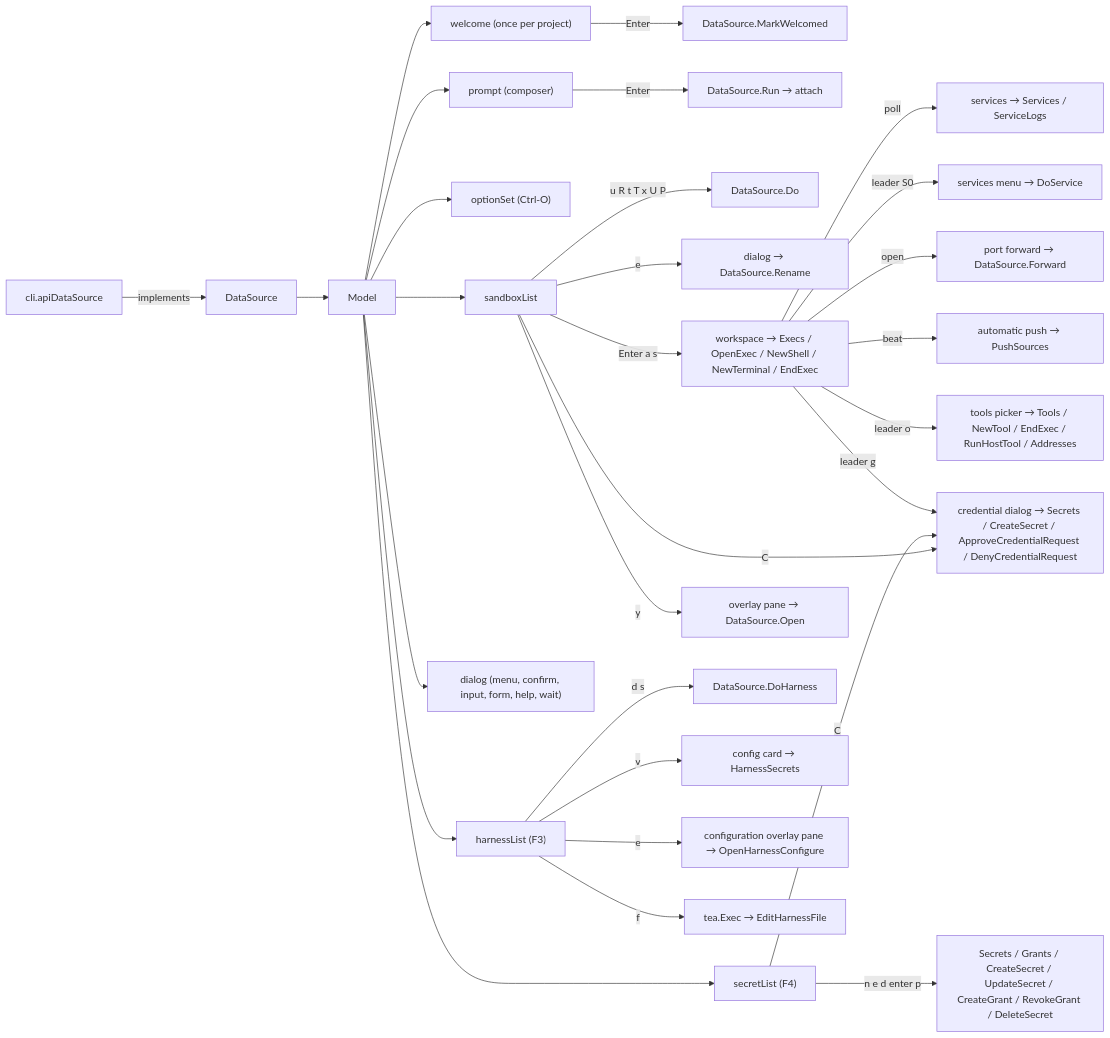
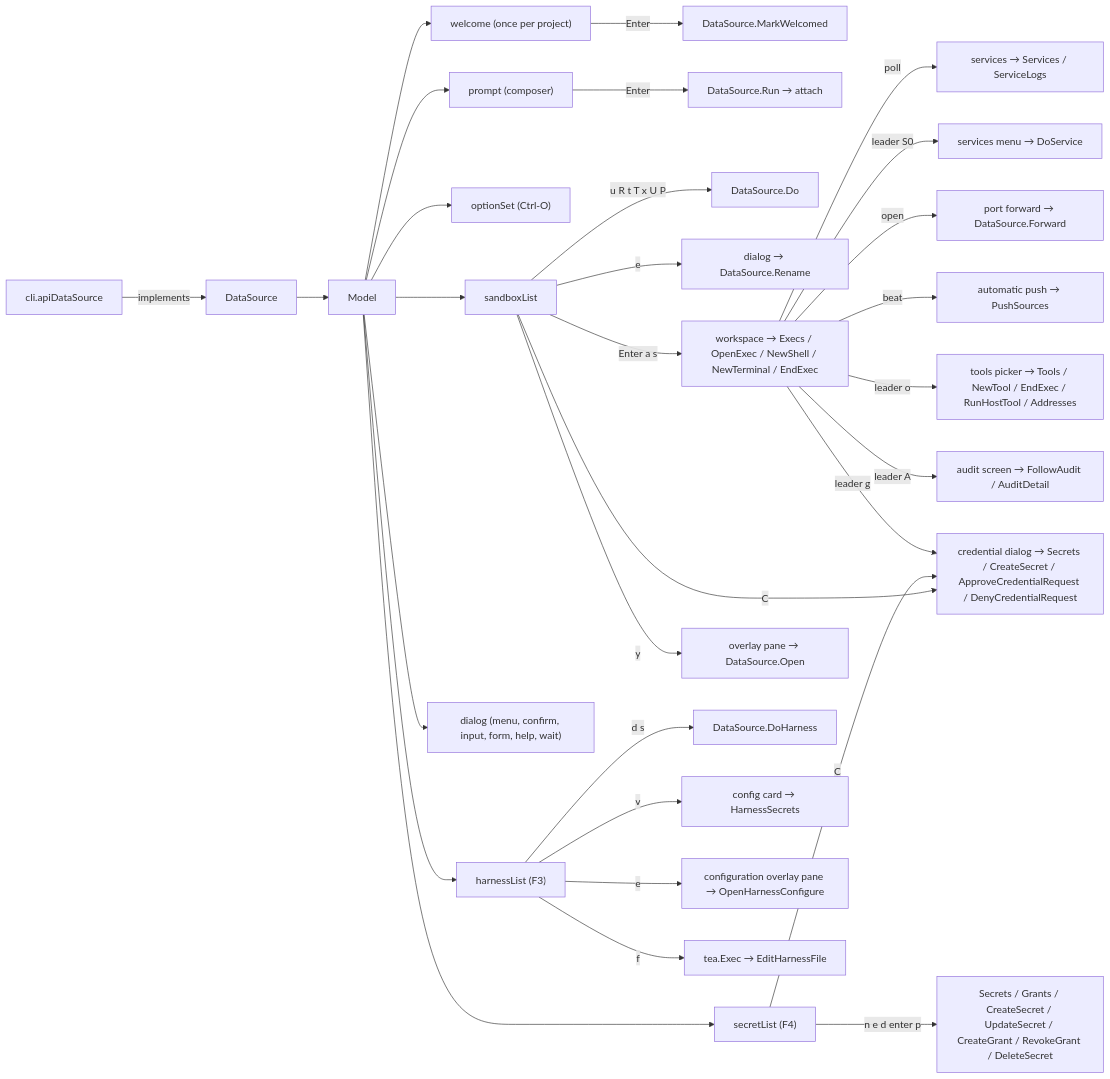
One commit to bscott/discobox changed the diagram in cli/internal/tui/DESIGN.md. Above: the diagram before and after it, drawn with Mermaid. The commit also changed other lines of this file and 24 other files, not shown here.

````diff
--- a/cli/internal/tui/DESIGN.md
+++ b/cli/internal/tui/DESIGN.md
@@ -13,31 +13,32 @@
 ```mermaid
 flowchart LR
     CLI["cli.apiDataSource"] -->|implements| DS["DataSource"]
     DS --> M["Model"]
     M --> P["prompt (composer)"]
     M --> L["sandboxList"]
     M --> O["optionSet (Ctrl-O)"]
     M --> A["harnessList (F3)"]
     M --> D["dialog (menu, confirm, input, form, help, wait)"]
     M --> W["welcome (once per project)"]
     W -->|Enter| MW["DataSource.MarkWelcomed"]
     P -->|Enter| Run["DataSource.Run → attach"]
     L -->|u R t T x U P| Verb["DataSource.Do"]
     L -->|e| Rename["dialog → DataSource.Rename"]
     L -->|Enter a s| WS["workspace → Execs / OpenExec / NewShell / NewTerminal / EndExec"]
     WS -->|poll| Svc["services → Services / ServiceLogs"]
     WS -->|leader S0| SvcMenu["services menu → DoService"]
     WS -->|open| Fwd["port forward → DataSource.Forward"]
     WS -->|beat| Push["automatic push → PushSources"]
     L -->|C| Cred["credential dialog → Secrets / CreateSecret / ApproveCredentialRequest / DenyCredentialRequest"]
     M --> S["secretList (F4)"]
     S -->|n e d enter p| SVerb["Secrets / Grants / CreateSecret / UpdateSecret / CreateGrant / RevokeGrant / DeleteSecret"]
     S -->|C| Cred
     WS -->|leader g| Cred
     L -->|y| Overlay["overlay pane → DataSource.Open"]
     WS -->|leader o| T["tools picker → Tools / NewTool / EndExec / RunHostTool / Addresses"]
+    WS -->|leader A| Aud["audit screen → FollowAudit / AuditDetail"]
     A -->|d s| AVerb["DataSource.DoHarness"]
     A -->|v| ACard["config card → HarnessSecrets"]
     A -->|e| ACfg["configuration overlay pane → OpenHarnessConfigure"]
     A -->|f| AExec["tea.Exec → EditHarnessFile"]
 ```
````
